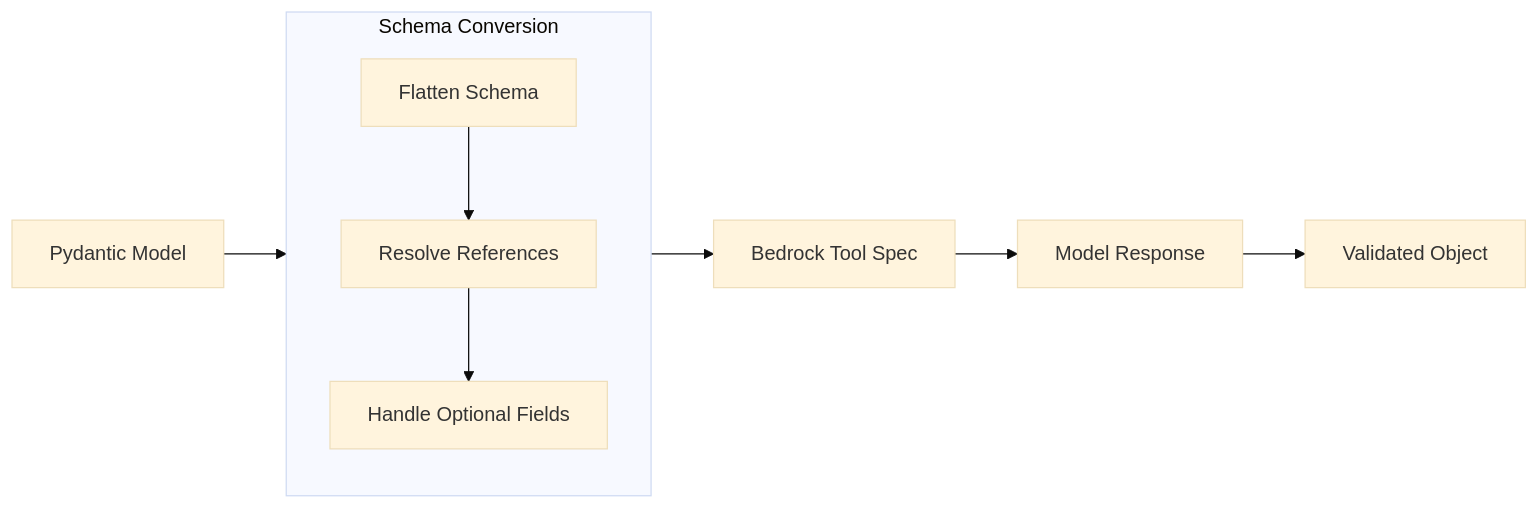
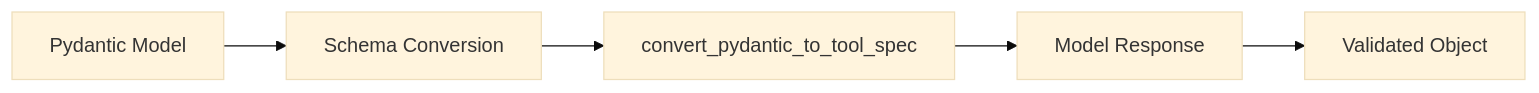
Before and after one commit to strands-agents/docs: the diagram in docs/user-guide/concepts/agents/structured-output.md, drawn with Mermaid (base theme). The commit also changed other lines of this file and 3 other files, not shown here.

````diff
--- a/docs/user-guide/concepts/agents/structured-output.md
+++ b/docs/user-guide/concepts/agents/structured-output.md
@@ -9,14 +9,7 @@
 ```mermaid
 flowchart LR
     A[Pydantic Model] --> B[Schema Conversion]
-    B --> C[Bedrock Tool Spec]
+    B --> C[convert_pydantic_to_tool_spec]
     C --> D[Model Response]
     D --> E[Validated Object]
-    
-    subgraph B[Schema Conversion]
-        F[Flatten Schema]
-        G[Resolve References]
-        H[Handle Optional Fields]
-        F --> G --> H
-    end
 ```
````
